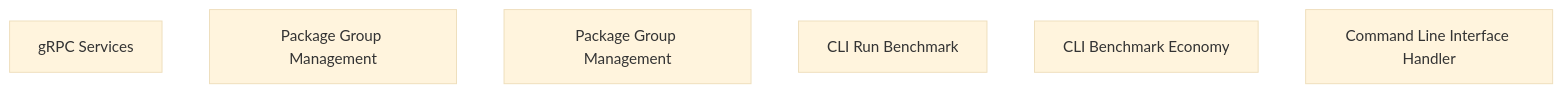
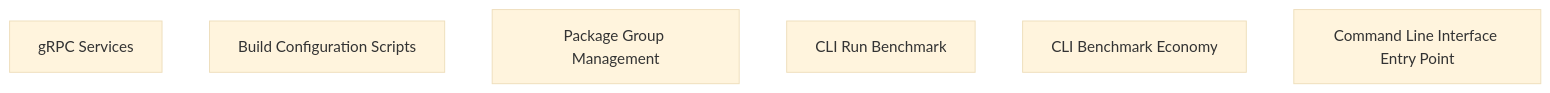
Before and after one commit to opn-arch/opencode-arch: the diagram in .architecture-models/docs/se/functional-analysis.md, drawn with Mermaid (base theme). The commit also changed other lines of this file and 130 other files, not shown here.

````diff
--- a/.architecture-models/docs/se/functional-analysis.md
+++ b/.architecture-models/docs/se/functional-analysis.md
@@ -34,9 +30,9 @@
 ```mermaid
 graph TD
     CAP-1["gRPC Services"]
-    CAP-2["Package Group Management"]
+    CAP-2["Build Configuration Scripts"]
     CAP-3["Package Group Management"]
     CAP-4["CLI Run Benchmark"]
     CAP-5["CLI Benchmark Economy"]
-    CAP-6["Command Line Interface Handler"]
+    CAP-6["Command Line Interface Entry Point"]
 ```
````
